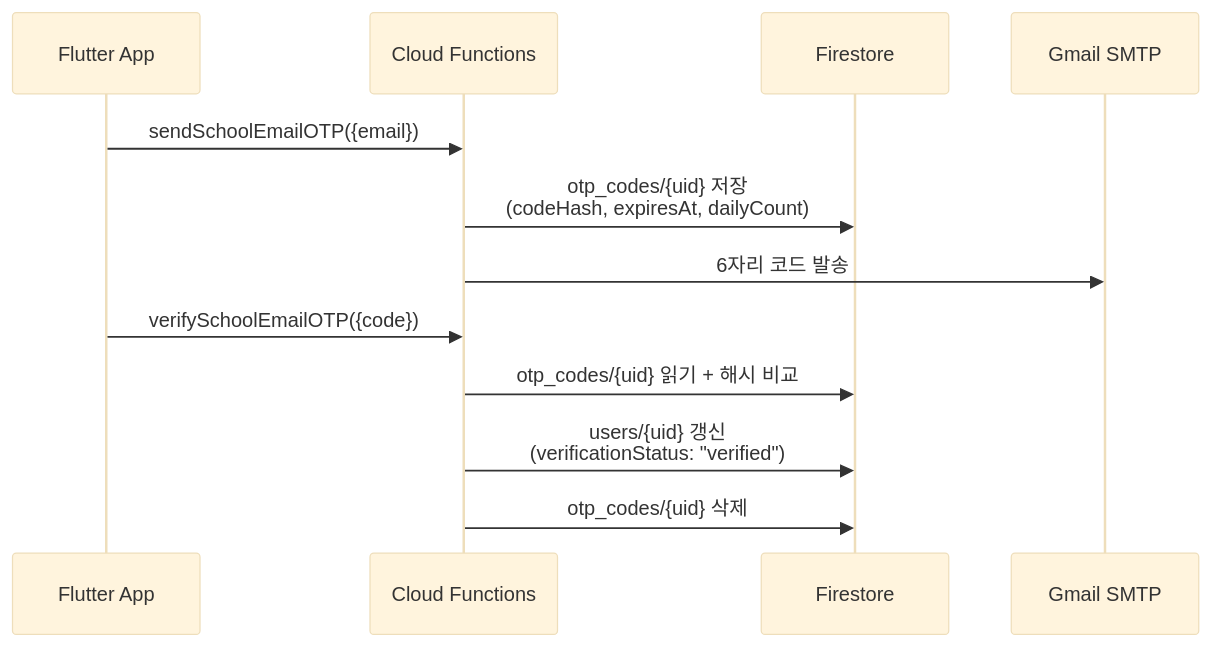
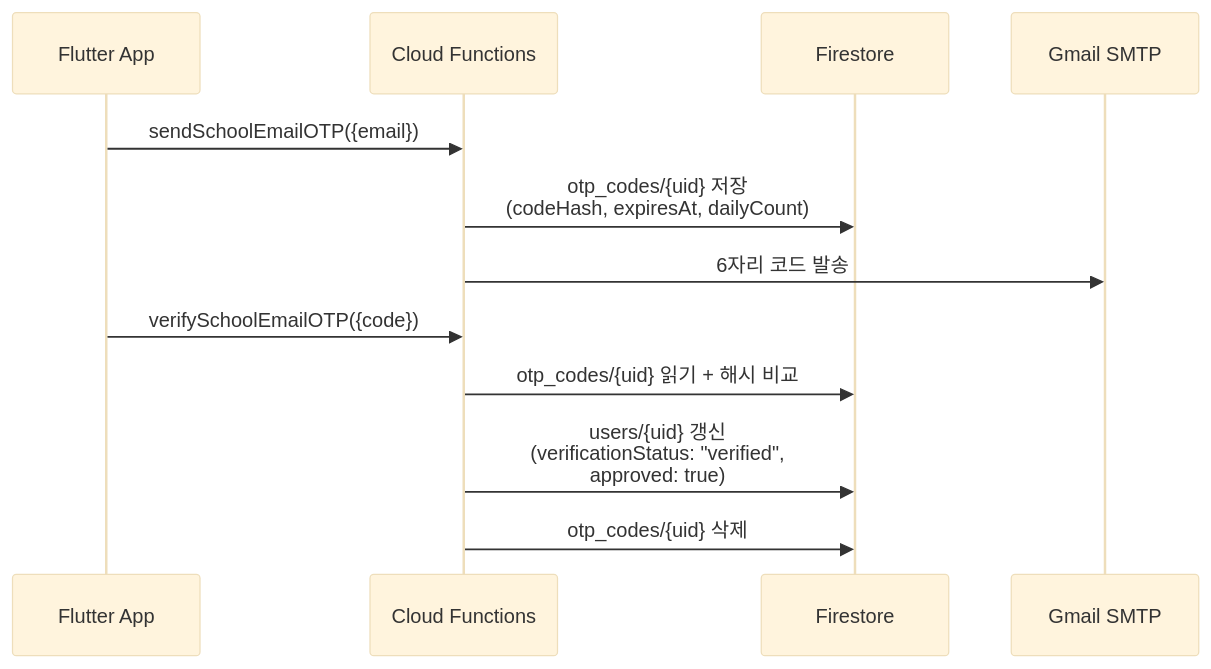
The third of 3 diagrams in docs/guides/account-and-access.md (Monkshark/hansol_hs_flutter_app), drawn with Mermaid (base theme) before and after one commit. The commit also changed other lines of this file and 5 other files, not shown here.

````diff
--- a/docs/guides/account-and-access.md
+++ b/docs/guides/account-and-access.md
@@ -95,15 +96,15 @@
 ```mermaid
 sequenceDiagram
     participant App as Flutter App
     participant CF as Cloud Functions
     participant FS as Firestore
     participant Mail as Gmail SMTP
 
     App->>CF: sendSchoolEmailOTP({email})
     CF->>FS: otp_codes/{uid} 저장<br/>(codeHash, expiresAt, dailyCount)
     CF->>Mail: 6자리 코드 발송
     App->>CF: verifySchoolEmailOTP({code})
     CF->>FS: otp_codes/{uid} 읽기 + 해시 비교
-    CF->>FS: users/{uid} 갱신<br/>(verificationStatus: "verified")
+    CF->>FS: users/{uid} 갱신<br/>(verificationStatus: "verified",<br/>approved: true)
     CF->>FS: otp_codes/{uid} 삭제
 ```
````
